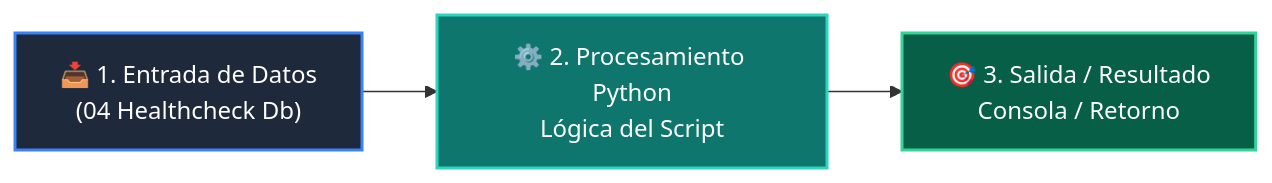
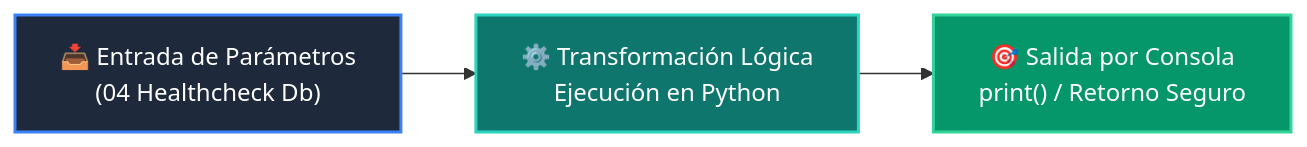
One commit to wisrovi/wisrovi-python changed the diagram in 04-proyecto-final/clase-07-docker-y-compose/ejemplos/ejemplo_04_healthcheck_db/README.md. Above: the diagram before and after it, drawn with Mermaid. The commit also changed other lines of this file and 226 other files, not shown here.

Commit message:
docs: elevate all repository READMEs to world-class mastery standard with rich pedagogical architecture, custom Mermaids, and professional styling

````diff
--- a/04-proyecto-final/clase-07-docker-y-compose/ejemplos/ejemplo_04_healthcheck_db/README.md
+++ b/04-proyecto-final/clase-07-docker-y-compose/ejemplos/ejemplo_04_healthcheck_db/README.md
@@ -12,9 +19,9 @@
 ```mermaid
 flowchart LR
-    A["📥 1. Entrada de Datos<br/>(04 Healthcheck Db)"] --> B["⚙️ 2. Procesamiento Python<br/>Lógica del Script"]
-    B --> C["🎯 3. Salida / Resultado<br/>Consola / Retorno"]
+    A["📥 Entrada de Parámetros<br/>(04 Healthcheck Db)"] --> B["⚙️ Transformación Lógica<br/>Ejecución en Python"]
+    B --> C["🎯 Salida por Consola<br/>print() / Retorno Seguro"]
 
-    style A fill:#1e293b,color:#fff,stroke:#3b82f6,stroke-width:2px
-    style B fill:#0f766e,color:#fff,stroke:#2dd4bf,stroke-width:2px
-    style C fill:#065f46,color:#fff,stroke:#34d399,stroke-width:2px
+    style A fill:#1e293b,color:#ffffff,stroke:#3b82f6,stroke-width:2px
+    style B fill:#0f766e,color:#ffffff,stroke:#2dd4bf,stroke-width:2px
+    style C fill:#059669,color:#ffffff,stroke:#34d399,stroke-width:2px
 ```
````
